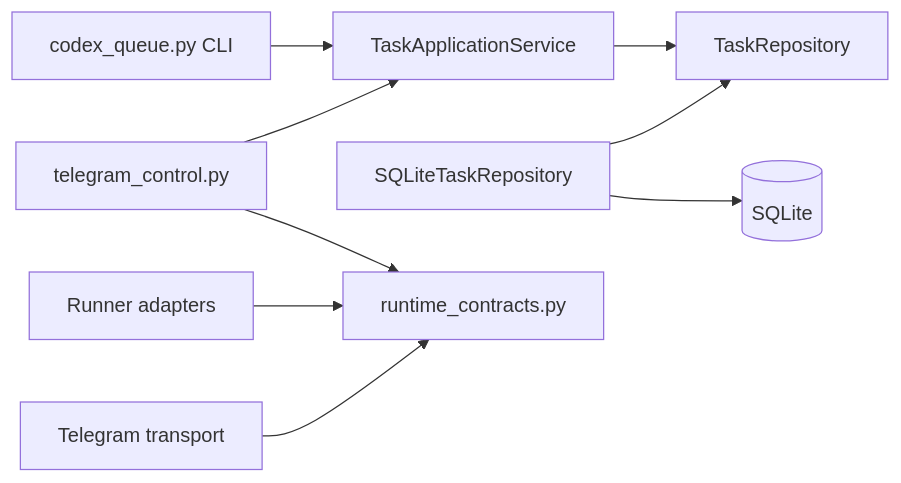
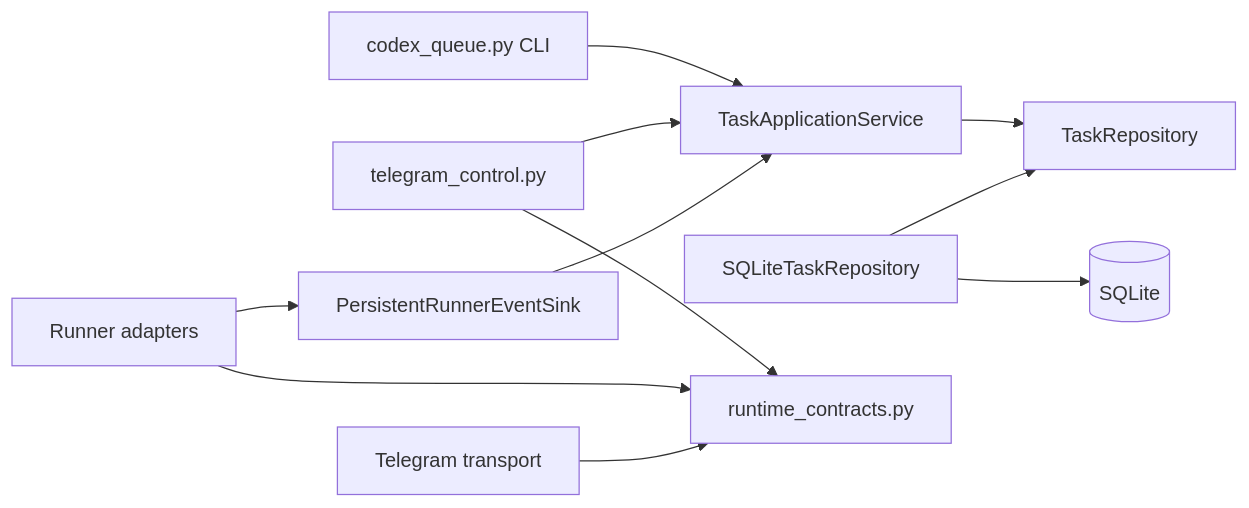
The diagram in docs/APPLICATION_SERVICES.md (kinderp/durex), drawn with Mermaid before and after one commit. The commit also changed other lines of this file and 9 other files, not shown here.

````diff
--- a/docs/APPLICATION_SERVICES.md
+++ b/docs/APPLICATION_SERVICES.md
@@ -14,21 +14,23 @@
 ```mermaid
 flowchart LR
     CLI[codex_queue.py CLI]
     Telegram[telegram_control.py]
     Service[TaskApplicationService]
     Repository[TaskRepository]
     SQLite[SQLiteTaskRepository]
     DB[(SQLite)]
     Contracts[runtime_contracts.py]
     Runner[Runner adapters]
     Transport[Telegram transport]
 
     CLI --> Service
     Telegram --> Service
     Service --> Repository
     SQLite --> Repository
     SQLite --> DB
     Telegram --> Contracts
     Runner --> Contracts
+    Runner --> EventSink[PersistentRunnerEventSink]
+    EventSink --> Service
     Transport --> Contracts
 ```
````
